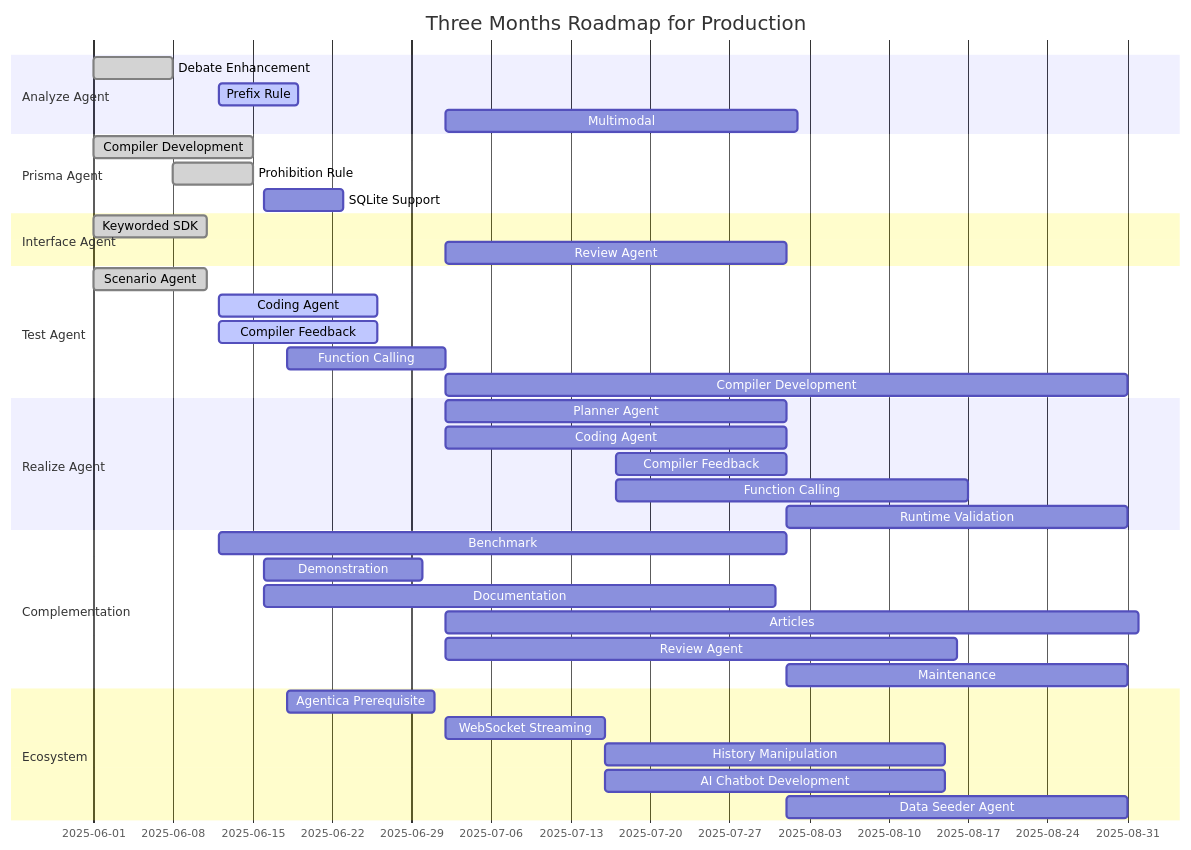
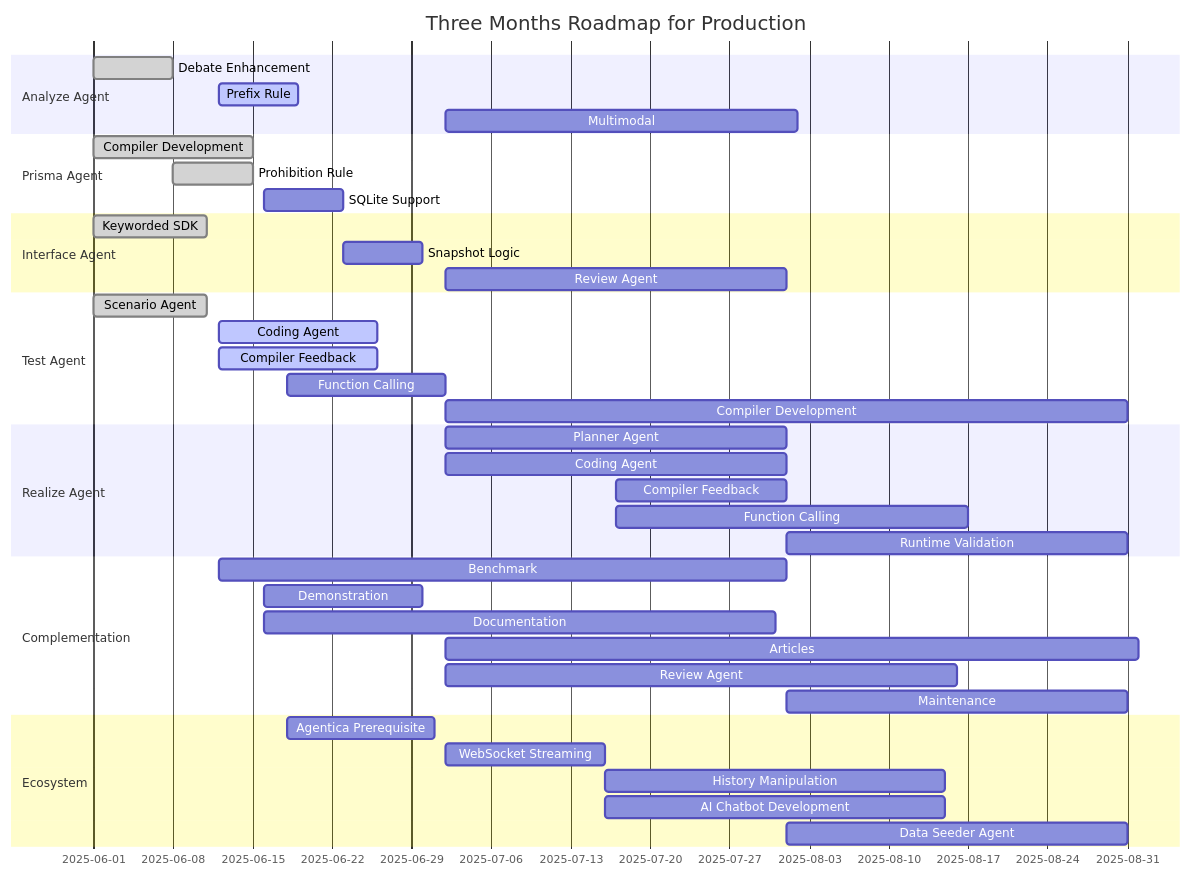
The diagram in website/template/AutoBeRoadmapPreface.mdx (RavenView-ai/autobe), drawn with Mermaid before and after one commit. The commit also changed 2 other files, not shown here.

Commit message:
feat(website): add snapshot plan (#104)

````diff
--- a/website/template/AutoBeRoadmapPreface.mdx
+++ b/website/template/AutoBeRoadmapPreface.mdx
@@ -1,48 +1,49 @@
 ```mermaid
 gantt
   dateFormat YYYY-MM-DD
   title Three Months Roadmap for Production
 
   section Analyze Agent
   Debate Enhancement: done,    2025-06-01,  7d
   Prefix Rule:          active,  2025-06-12,  7d
   Multimodal:           planned, 2025-07-02, 31d
 
   section Prisma Agent
   Compiler Development: done,    2025-06-01, 14d
   Prohibition Rule:     done,    2025-06-08,  7d
   SQLite Support:       planned, 2025-06-16,  7d
 
   section Interface Agent
-  Keyworded SDK: done,    2025-06-01, 10d
-  Review Agent:  planned, 2025-07-02, 30d
+  Keyworded SDK:  done,    2025-06-01, 10d
+  Snapshot Logic: planned, 2025-06-23, 7d
+  Review Agent:   planned, 2025-07-02, 30d
 
   section Test Agent
   Scenario Agent:       done,    2025-06-01, 10d        
   Coding Agent:         active,  2025-06-12, 14d
   Compiler Feedback:    active,  2025-06-12, 14d
   Function Calling:     planned, 2025-06-18, 14d
   Compiler Development: planned, 2025-07-02, 60d
 
   section Realize Agent
   Planner Agent:      planned, 2025-07-02, 30d
   Coding Agent:       planned, 2025-07-02, 30d
   Compiler Feedback:  planned, 2025-07-17, 15d
   Function Calling:   planned, 2025-07-17, 31d
   Runtime Validation: planned, 2025-08-01, 30d
 
   section Complementation
   Benchmark:     planned, 2025-06-12, 50d
   Demonstration: planned, 2025-06-16, 14d
   Documentation: planned, 2025-06-16, 45d
   Articles:      planned, 2025-07-02, 61d
   Review Agent:  planned, 2025-07-02, 45d
   Maintenance:   planned, 2025-08-01, 30d
 
   section Ecosystem
   Agentica Prerequisite:  planned, 2025-06-18, 13d
   WebSocket Streaming:    planned, 2025-07-02, 14d
   History Manipulation:   planned, 2025-07-16, 30d
   AI Chatbot Development: planned, 2025-07-16, 30d
   Data Seeder Agent:      planned, 2025-08-01, 30d
 ```
````
